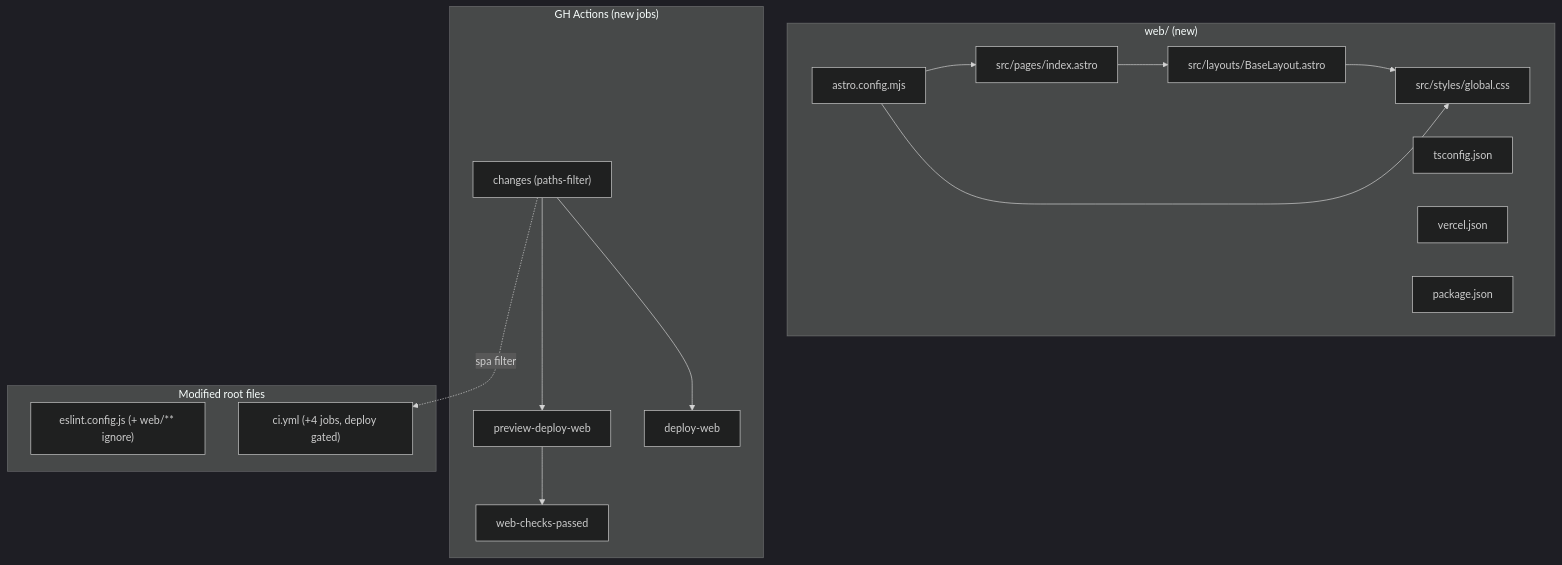
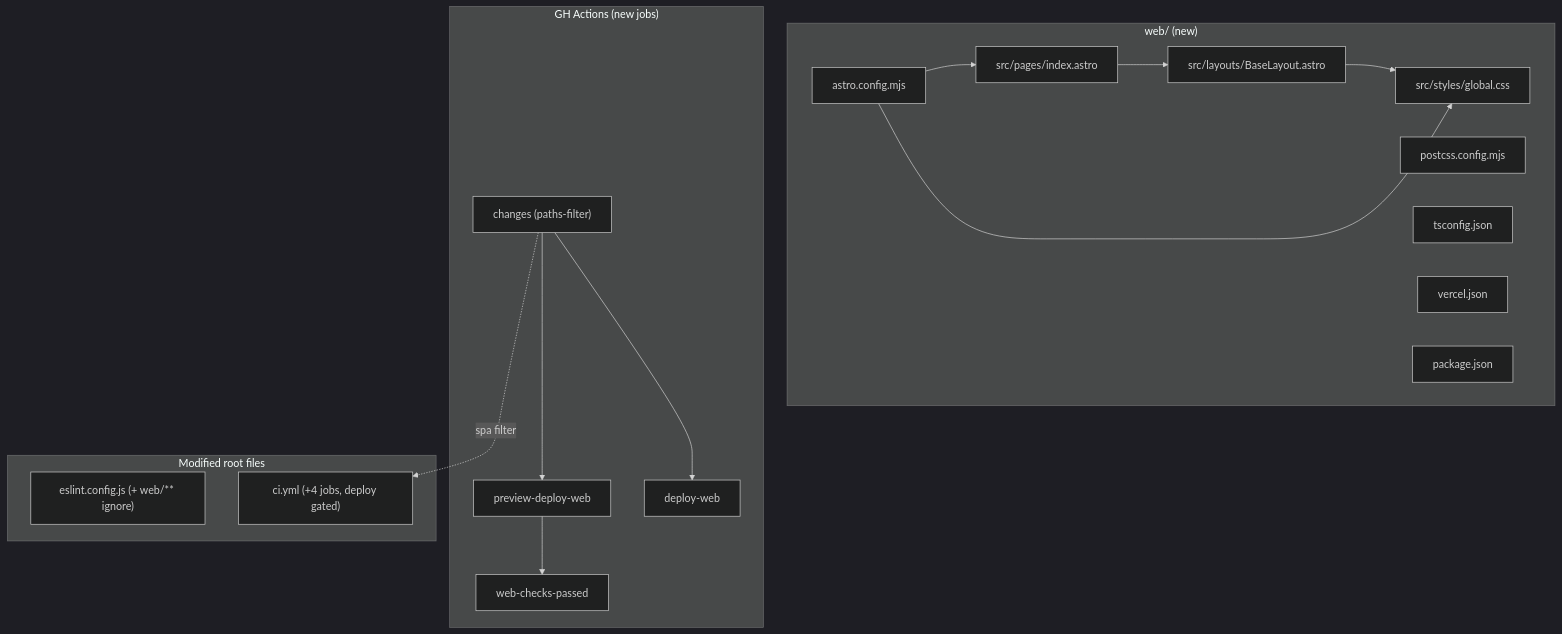
The second of 2 diagrams in docs/Tech_Plan_—_Astro_Bootstrap_#299.md (PierreTsia/workout-app), drawn with Mermaid (dark theme) before and after one commit. The commit also changed other lines of this file and 14 other files, not shown here.

````diff
--- a/docs/Tech_Plan_—_Astro_Bootstrap_#299.md
+++ b/docs/Tech_Plan_—_Astro_Bootstrap_#299.md
@@ -82,32 +82,33 @@
 ```mermaid
 graph TD
     subgraph "web/ (new)"
         AstroConfig["astro.config.mjs"]
+        PostcssConfig["postcss.config.mjs"]
         Pages["src/pages/index.astro"]
         Layout["src/layouts/BaseLayout.astro"]
         Styles["src/styles/global.css"]
         TsConfig["tsconfig.json"]
         VercelJson["vercel.json"]
         Pkg["package.json"]
     end
     subgraph "GH Actions (new jobs)"
         Changes["changes (paths-filter)"]
         Preview["preview-deploy-web"]
         Prod["deploy-web"]
         Summary["web-checks-passed"]
     end
     subgraph "Modified root files"
         ESLint["eslint.config.js (+ web/** ignore)"]
         CI["ci.yml (+4 jobs, deploy gated)"]
     end
 
     Pages --> Layout
     Layout --> Styles
     AstroConfig --> Pages
     AstroConfig --> Styles
 
     Changes --> Preview
     Changes --> Prod
     Preview --> Summary
     Changes -.->|"spa filter"| CI
 ```
````
